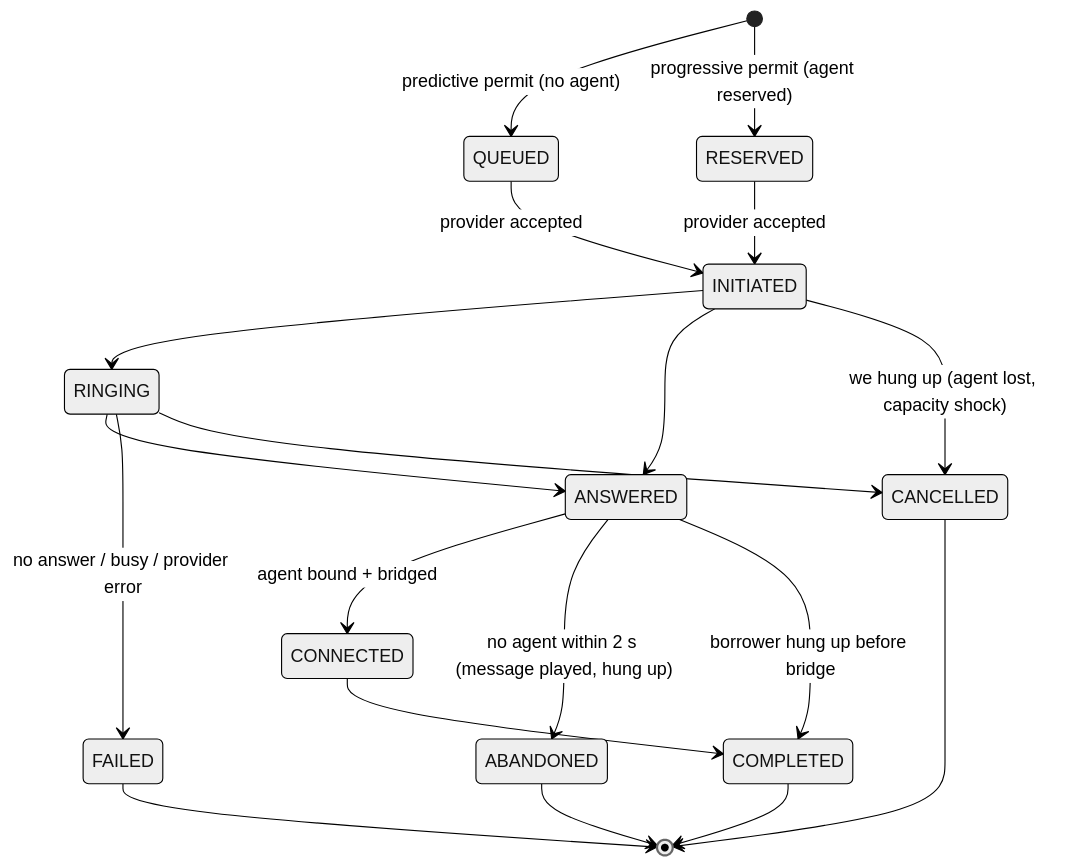
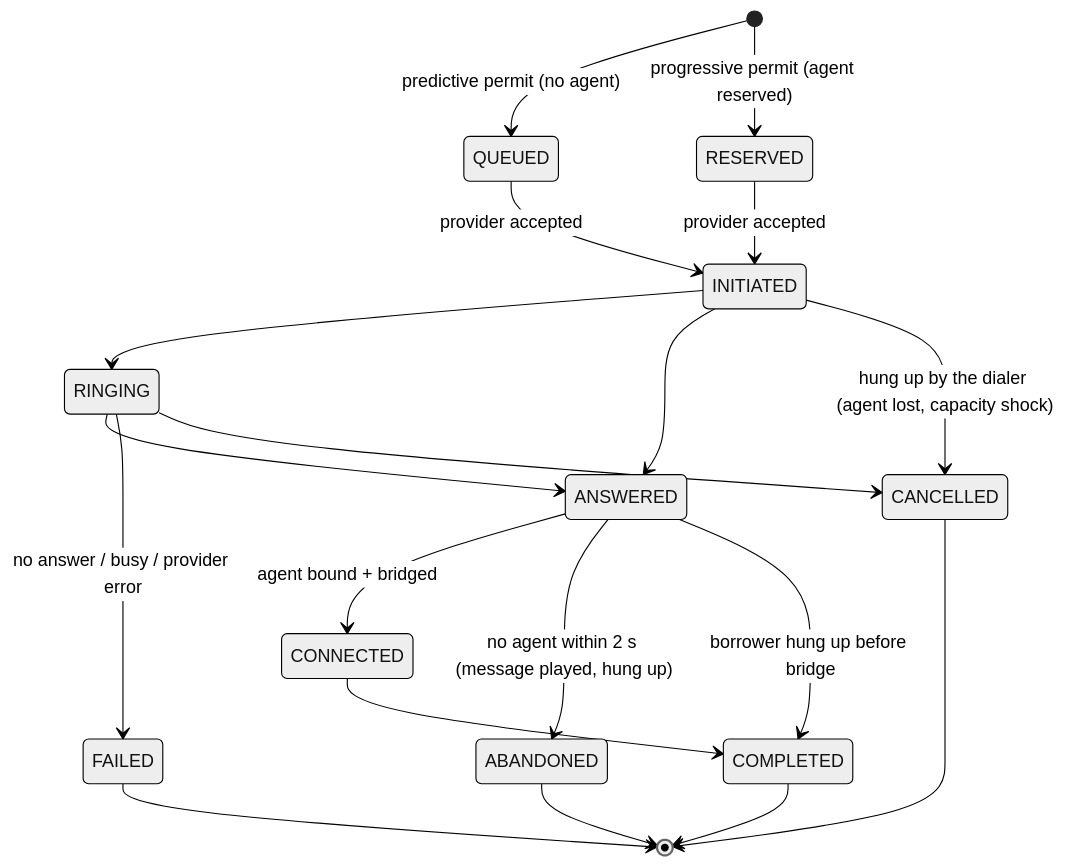
One commit to chivukula-vydik/smartdialer changed the third of 3 diagrams in README.md. Above: the diagram before and after it, drawn with Mermaid (neutral theme). The commit also changed other lines of this file and 1 other file, not shown here.

````diff
--- a/README.md
+++ b/README.md
@@ -235,21 +193,21 @@
 ```mermaid
 stateDiagram-v2
     [*] --> QUEUED: predictive permit (no agent)
     [*] --> RESERVED: progressive permit (agent reserved)
     QUEUED --> INITIATED: provider accepted
     RESERVED --> INITIATED: provider accepted
     INITIATED --> RINGING
     RINGING --> ANSWERED
     INITIATED --> ANSWERED
     ANSWERED --> CONNECTED: agent bound + bridged
     ANSWERED --> ABANDONED: no agent within 2 s (message played, hung up)
     ANSWERED --> COMPLETED: borrower hung up before bridge
     CONNECTED --> COMPLETED
     RINGING --> FAILED: no answer / busy / provider error
-    INITIATED --> CANCELLED: we hung up (agent lost, capacity shock)
+    INITIATED --> CANCELLED: hung up by the dialer (agent lost, capacity shock)
     RINGING --> CANCELLED
     COMPLETED --> [*]
     FAILED --> [*]
     CANCELLED --> [*]
     ABANDONED --> [*]
 ```
````
